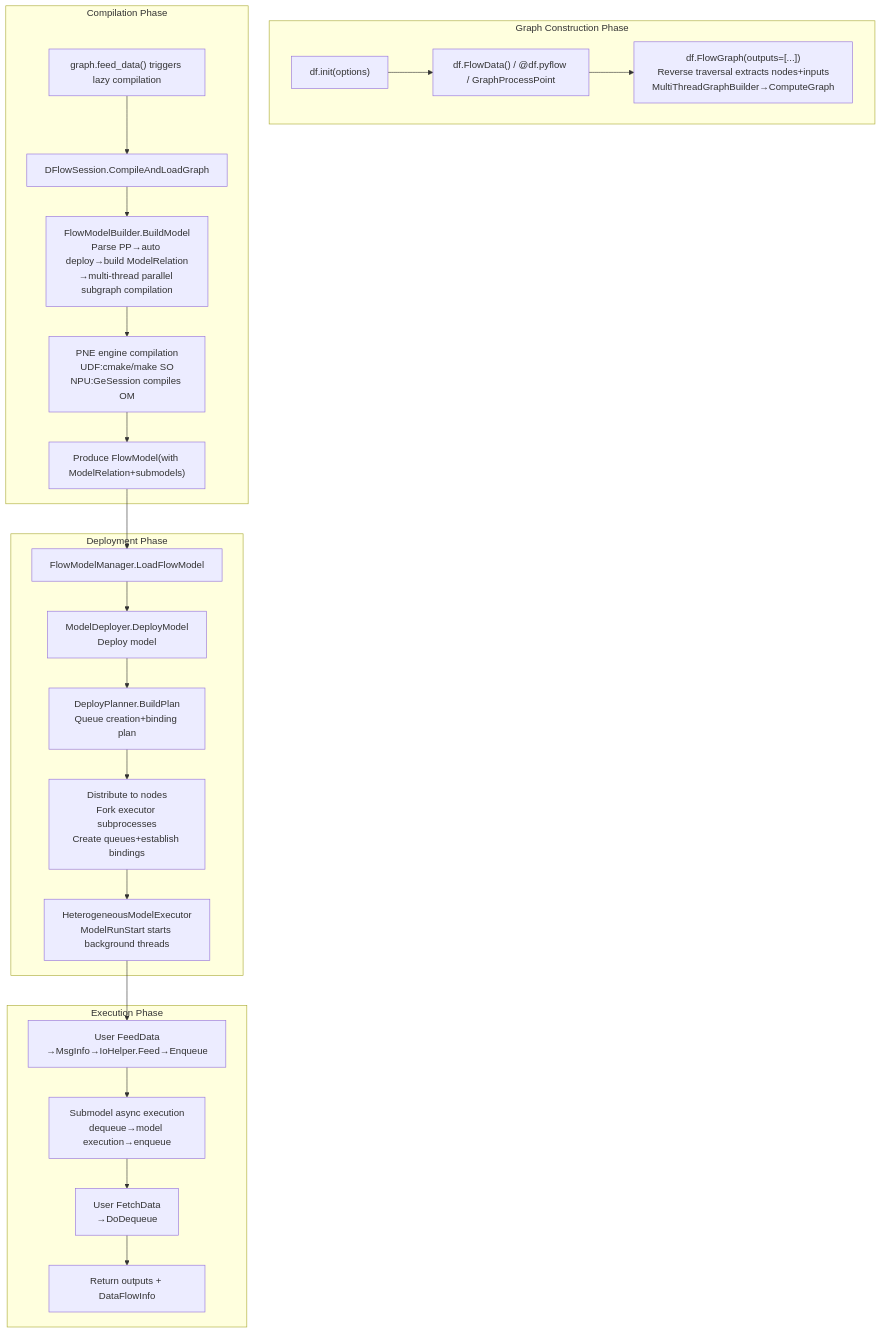
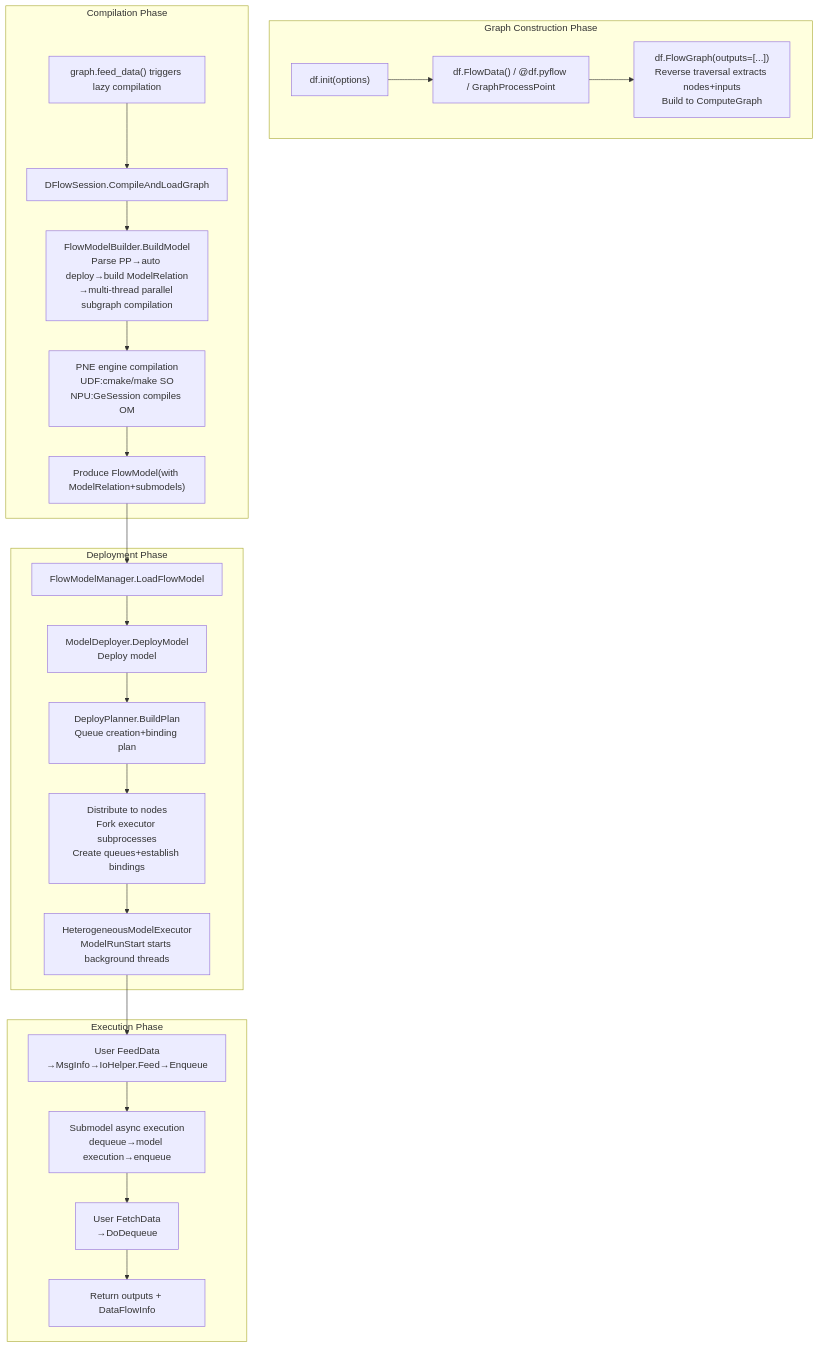
Before and after one commit to hicann/ge: the eighth of 8 diagrams in docs/en/design/modules/dflow/dflow.md, drawn with Mermaid. The commit also changed other lines of this file and 1 other file, not shown here.

````diff
--- a/docs/en/design/modules/dflow/dflow.md
+++ b/docs/en/design/modules/dflow/dflow.md
@@ -624,26 +624,26 @@
 ```mermaid
 flowchart TD
     subgraph Graph Construction Phase
         A1["df.init(options)"] --> A2["df.FlowData() / @df.pyflow / GraphProcessPoint"]
-        A2 --> A3["df.FlowGraph(outputs=[...])<br/>Reverse traversal extracts nodes+inputs<br/>MultiThreadGraphBuilder→ComputeGraph"]
+        A2 --> A3["df.FlowGraph(outputs=[...])<br/>Reverse traversal extracts nodes+inputs<br/>Build to ComputeGraph"]
     end
     subgraph Compilation Phase
         B1["graph.feed_data() triggers lazy compilation"] --> B2["DFlowSession.CompileAndLoadGraph"]
         B2 --> B3["FlowModelBuilder.BuildModel<br/>Parse PP→auto deploy→build ModelRelation<br/>→multi-thread parallel subgraph compilation"]
         B3 --> B4["PNE engine compilation<br/>UDF:cmake/make SO<br/>NPU:GeSession compiles OM"]
         B4 --> B5["Produce FlowModel(with ModelRelation+submodels)"]
     end
     subgraph Deployment Phase
         B5 --> C1["FlowModelManager.LoadFlowModel"]
         C1 --> C2["ModelDeployer.DeployModel<br/>Deploy model"]
         C2 --> C3["DeployPlanner.BuildPlan<br/>Queue creation+binding plan"]
         C3 --> C4["Distribute to nodes<br/>Fork executor subprocesses<br/>Create queues+establish bindings"]
         C4 --> C5["HeterogeneousModelExecutor<br/>ModelRunStart starts background threads"]
     end
     subgraph Execution Phase
         C5 --> D1["User FeedData<br/>→MsgInfo→IoHelper.Feed→Enqueue"]
         D1 --> D2["Submodel async execution<br/>dequeue→model execution→enqueue"]
         D2 --> D3["User FetchData<br/>→DoDequeue"]
         D3 --> D4["Return outputs + DataFlowInfo"]
     end
 ```
````
